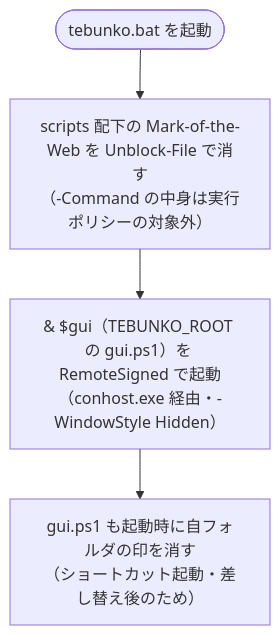
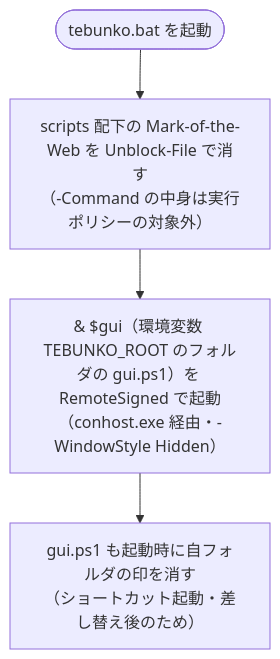
One commit to hsgwa/tebunko changed the first of 2 diagrams in docs/design/gui/common.md. Above: the diagram before and after it, drawn with Mermaid. The commit also changed 6 other files, not shown here.

````diff
--- a/docs/design/gui/common.md
+++ b/docs/design/gui/common.md
@@ -55,6 +55,6 @@
 ```mermaid
 flowchart TD
     B(["tebunko.bat を起動"]) --> U["scripts 配下の Mark-of-the-Web を Unblock-File で消す<br>（-Command の中身は実行ポリシーの対象外）"]
-    U --> G["& $gui（TEBUNKO_ROOT の gui.ps1）を RemoteSigned で起動<br>（conhost.exe 経由・-WindowStyle Hidden）"]
+    U --> G["& $gui（環境変数 TEBUNKO_ROOT のフォルダの gui.ps1）を RemoteSigned で起動<br>（conhost.exe 経由・-WindowStyle Hidden）"]
     G --> G2["gui.ps1 も起動時に自フォルダの印を消す<br>（ショートカット起動・差し替え後のため）"]
 ```
````
